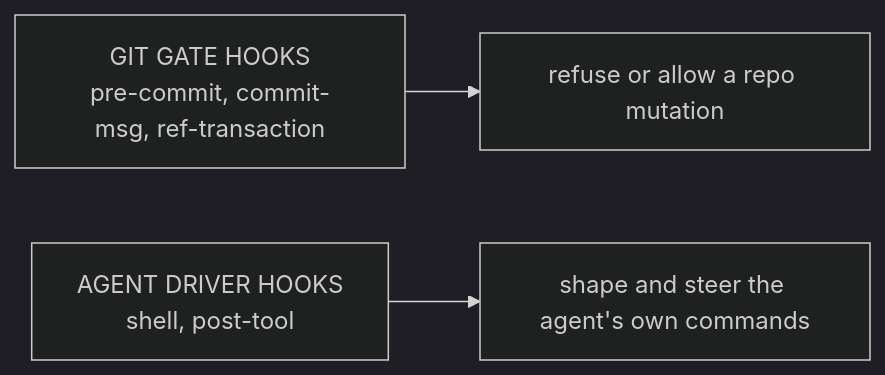
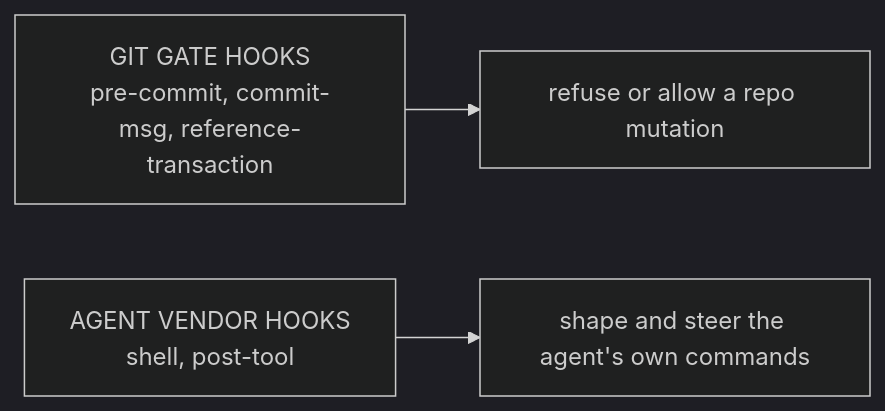
Before and after one commit to infimalabs/spice-rust: the fifth of 10 diagrams in docs/product/planes/hooks.md, drawn with Mermaid (dark theme). The commit also changed other lines of this file and 71 other files, not shown here.

````diff
--- a/docs/product/planes/hooks.md
+++ b/docs/product/planes/hooks.md
@@ -87,5 +87,5 @@
 ```mermaid
 flowchart LR
-  G["GIT GATE HOOKS<br/>pre-commit, commit-msg, ref-transaction"] --> R["refuse or allow a repo mutation"]
-  D["AGENT DRIVER HOOKS<br/>shell, post-tool"] --> S["shape and steer the agent's own commands"]
+  G["GIT GATE HOOKS<br/>pre-commit, commit-msg, reference-transaction"] --> R["refuse or allow a repo mutation"]
+  D["AGENT VENDOR HOOKS<br/>shell, post-tool"] --> S["shape and steer the agent's own commands"]
 ```
````
